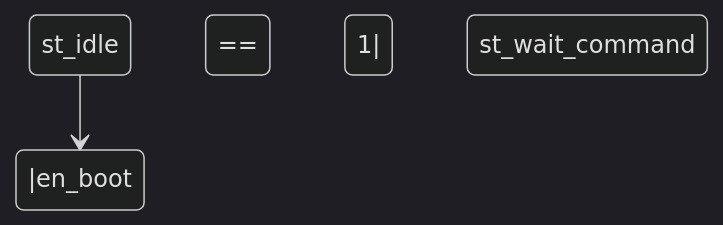
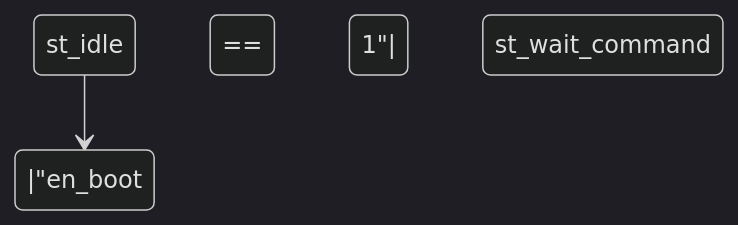
The diagram in README.md (dezamora98/Oregano8051_HW_bootloader), drawn with Mermaid (dark theme) before and after one commit.

Commit message:
test pre syntesis

````diff
--- a/README.md
+++ b/README.md
@@ -6,6 +6,6 @@
 ```mermaid
 stateDiagram
 
-    st_idle -->|en_boot == 1| st_wait_command 
+    st_idle -->|"en_boot == 1"| st_wait_command: 
 
 ```
````
